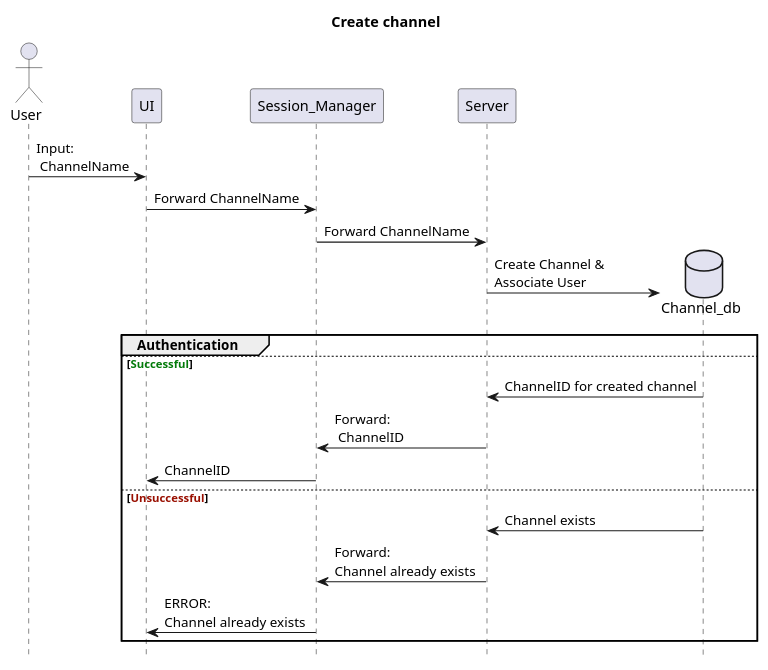
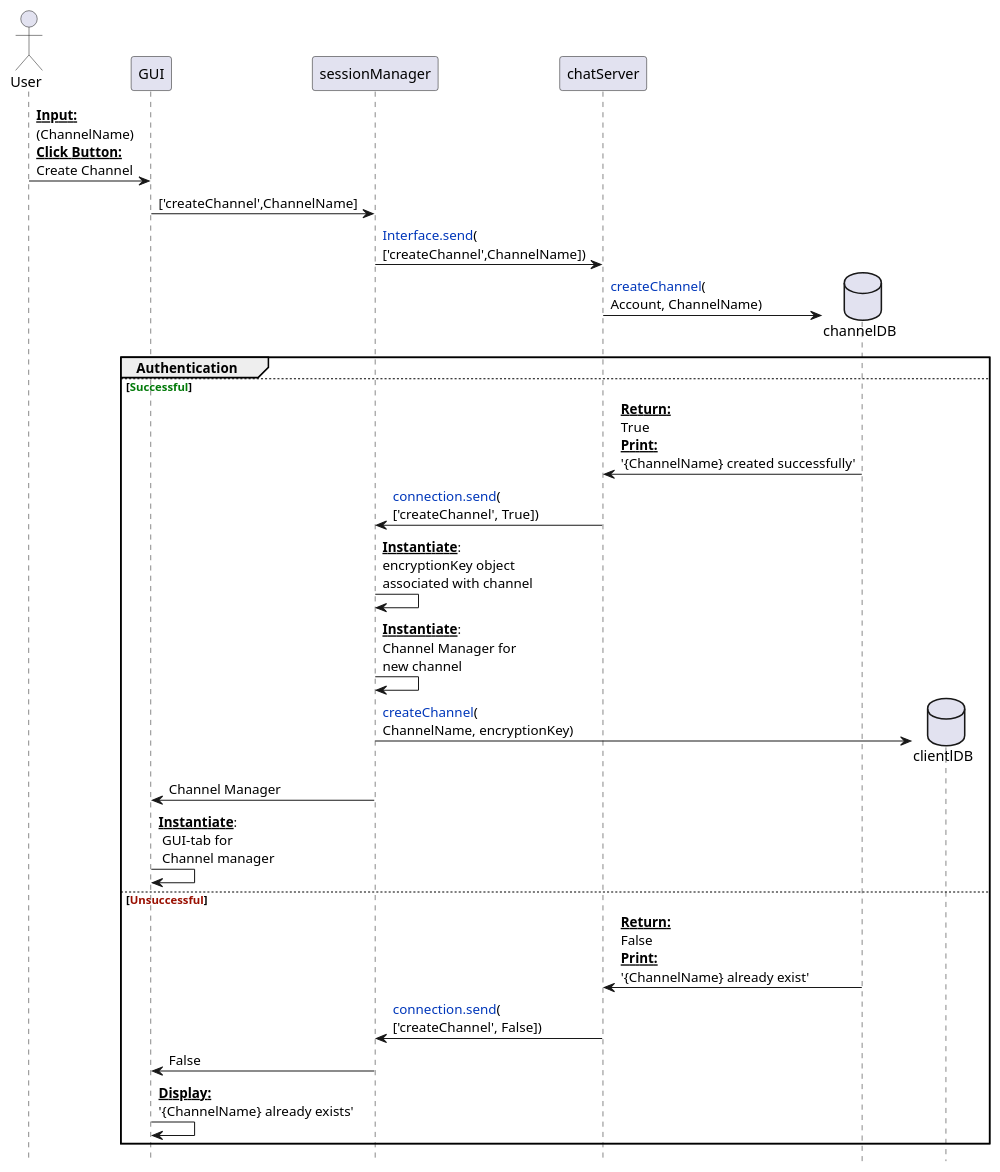
The diagram in OOADI/plantuml/SSD_create_chatroom.puml (VVrongSide/P5-courses), drawn with PlantUML before and after one commit. The commit also changed 14 other files, not shown here.

Commit message:
New plantuml

```diff
--- a/OOADI/plantuml/SSD_create_chatroom.puml
+++ b/OOADI/plantuml/SSD_create_chatroom.puml
@@ -1,26 +1,31 @@
 @startuml
 hide footbox
-title Create channel
 
 actor User
-participant UI
-participant Session_Manager
-participant Server
+participant GUI
+participant sessionManager
+participant chatServer
 
-User -> UI: Input:\n ChannelName
-UI -> Session_Manager:Forward ChannelName
-Session_Manager-> Server:Forward ChannelName
-create database Channel_db
-Server -> Channel_db: Create Channel &\nAssociate User
+User -> GUI: __**Input:**__\n(ChannelName)\n__**Click Button:**__\nCreate Channel
+GUI -> sessionManager:['createChannel',ChannelName]
+sessionManager-> chatServer:<color #0037ba>Interface.send</color>(\n['createChannel',ChannelName])
+create database channelDB
+chatServer -> channelDB: <color #0037ba>createChannel</color>(\nAccount, ChannelName)
 group Authentication
 else <color #027a09>Successful</color>
-        Channel_db -> Server: ChannelID for created channel
-        Server -> Session_Manager: Forward:\n ChannelID
-        Session_Manager -> UI: ChannelID
+        channelDB -> chatServer: __**Return:**__\nTrue\n__**Print:**__\n'{ChannelName} created successfully'
+        chatServer -> sessionManager: <color #0037ba>connection.send</color>(\n['createChannel', True])
+        sessionManager -> sessionManager: __**Instantiate**__:\nencryptionKey object\nassociated with channel
+        sessionManager -> sessionManager: __**Instantiate**__:\nChannel Manager for\nnew channel
+        create database clientlDB
+        sessionManager -> clientlDB: <color #0037ba>createChannel</color>(\nChannelName, encryptionKey)
+        sessionManager -> GUI: Channel Manager
+        GUI -> GUI:  __**Instantiate**__:\n GUI-tab for\n Channel manager
 
 else <color #990f00>Unsuccessful</color>
-        Channel_db -> Server: Channel exists
-        Server -> Session_Manager: Forward:\nChannel already exists
-        Session_Manager -> UI: ERROR:\nChannel already exists
+        channelDB -> chatServer: __**Return:**__\nFalse\n__**Print:**__\n'{ChannelName} already exist'
+        chatServer -> sessionManager: <color #0037ba>connection.send</color>(\n['createChannel', False])
+        sessionManager -> GUI: False
+        GUI -> GUI: __**Display:**__\n'{ChannelName} already exists'
 end
 @enduml
```
